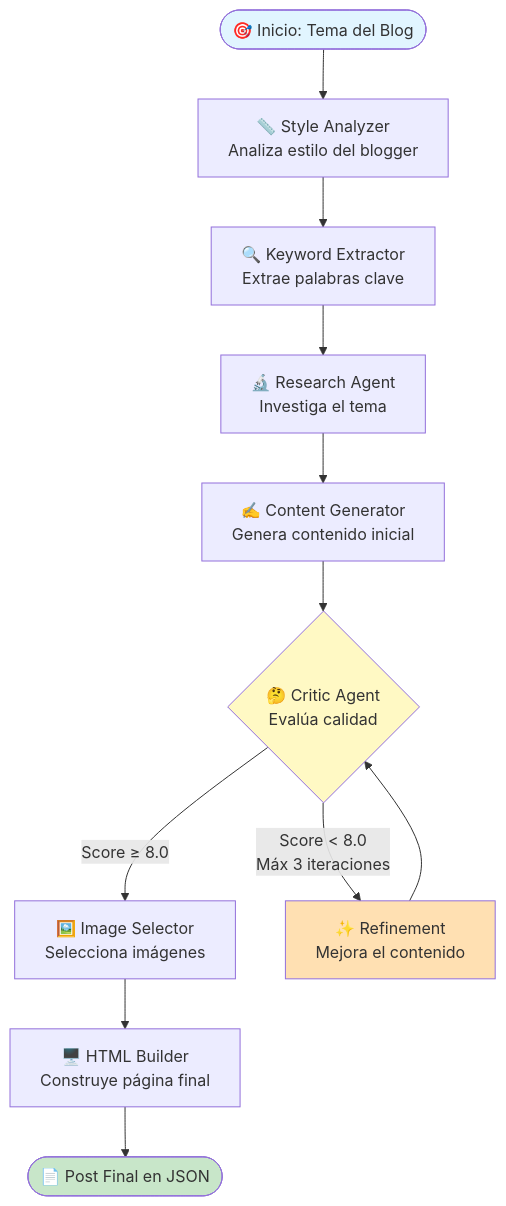
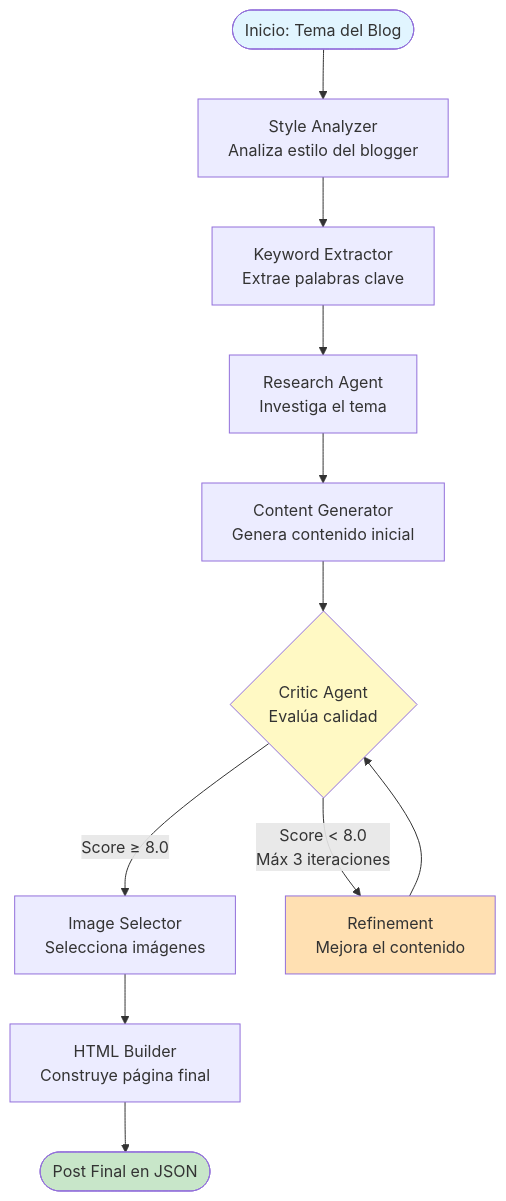
One commit to AlejandroRS21/blogger-agent-tfg changed the diagram in README.md. Above: the diagram before and after it, drawn with Mermaid. The commit also changed other lines of this file and 4 other files, not shown here.

````diff
--- a/README.md
+++ b/README.md
@@ -21,28 +21,28 @@
 ```mermaid
 graph TD
-    Start([🎯 Inicio: Tema del Blog]) --> StyleAnalyzer
+    Start([Inicio: Tema del Blog]) --> StyleAnalyzer
     
-    StyleAnalyzer[📏 Style Analyzer<br/>Analiza estilo del blogger] --> KeywordExtractor
-    KeywordExtractor[🔍 Keyword Extractor<br/>Extrae palabras clave] --> Research
-    Research[🔬 Research Agent<br/>Investiga el tema] --> ContentGenerator
+    StyleAnalyzer[Style Analyzer<br/>Analiza estilo del blogger] --> KeywordExtractor
+    KeywordExtractor[Keyword Extractor<br/>Extrae palabras clave] --> Research
+    Research[Research Agent<br/>Investiga el tema] --> ContentGenerator
     
-    ContentGenerator[✍️ Content Generator<br/>Genera contenido inicial] --> Critic
+    ContentGenerator[Content Generator<br/>Genera contenido inicial] --> Critic
     
-    Critic{🤔 Critic Agent<br/>Evalúa calidad}
+    Critic{Critic Agent<br/>Evalúa calidad}
     Critic -->|Score ≥ 8.0| ImageSelector
     Critic -->|Score < 8.0<br/>Máx 3 iteraciones| Refinement
     
-    Refinement[✨ Refinement<br/>Mejora el contenido] --> Critic
+    Refinement[Refinement<br/>Mejora el contenido] --> Critic
     
-    ImageSelector[🖼️ Image Selector<br/>Selecciona imágenes] --> HTMLBuilder
+    ImageSelector[Image Selector<br/>Selecciona imágenes] --> HTMLBuilder
     
-    HTMLBuilder[🖥️ HTML Builder<br/>Construye página final] --> Output
+    HTMLBuilder[HTML Builder<br/>Construye página final] --> Output
     
-    Output([📄 Post Final en JSON])
+    Output([Post Final en JSON])
     
     %% Estilos
     style Start fill:#e1f5ff
     style Output fill:#c8e6c9
     style Critic fill:#fff9c4
     style Refinement fill:#ffe0b2
 ```
````
